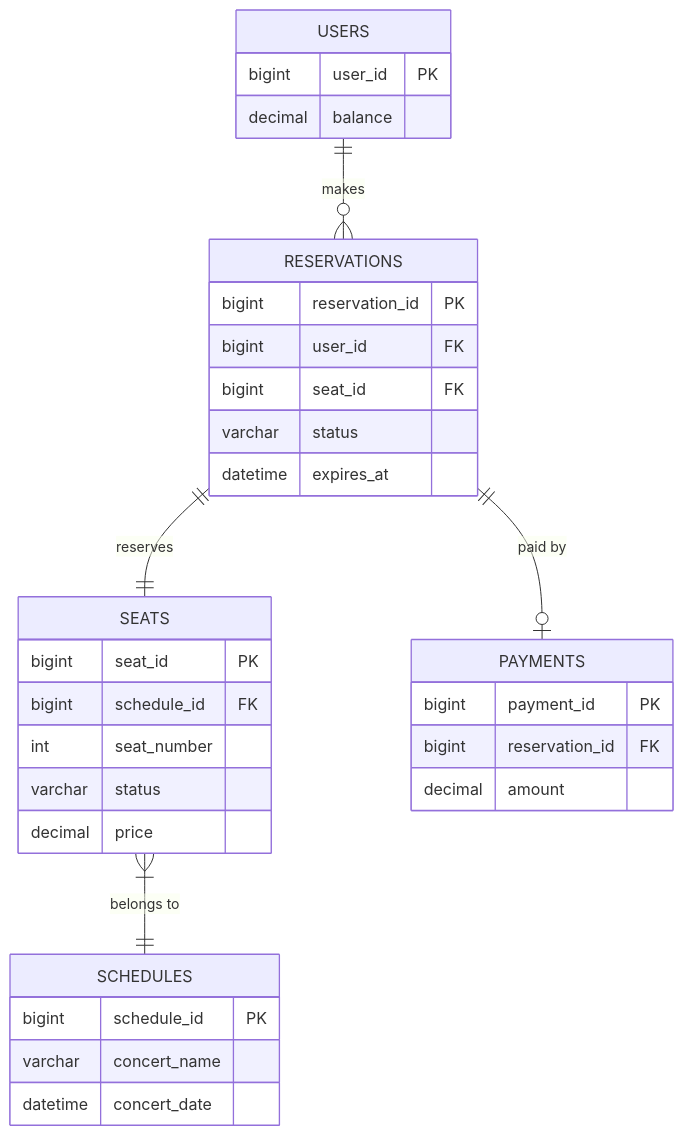
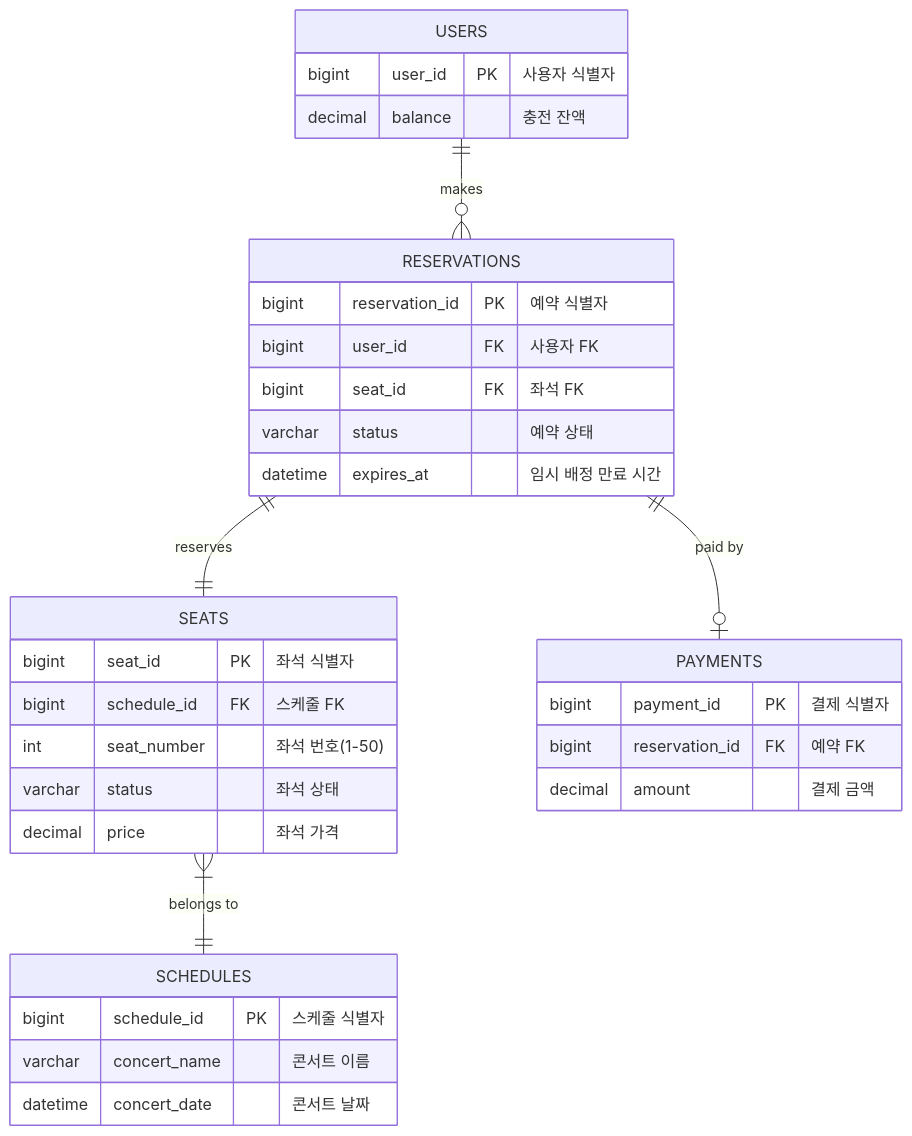
The first of 2 diagrams in docs/4_데이터_모델(ERD)_&_스키마.md (kojw1017/kopring2), drawn with Mermaid before and after one commit. The commit also changed other lines of this file and 9 other files, not shown here.

````diff
--- a/docs/4_데이터_모델(ERD)_&_스키마.md
+++ b/docs/4_데이터_모델(ERD)_&_스키마.md
@@ -5,40 +5,40 @@
 ```mermaid
 erDiagram
     USERS ||--o{ RESERVATIONS : "makes"
     RESERVATIONS ||--|| SEATS : "reserves"
     RESERVATIONS ||--o| PAYMENTS : "paid by"
     SEATS }|--|| SCHEDULES : "belongs to"
     
     USERS {
-        bigint user_id PK
-        decimal balance
+        bigint user_id PK "사용자 식별자"
+        decimal balance "충전 잔액"
     }
     
     SCHEDULES {
-        bigint schedule_id PK
-        varchar concert_name
-        datetime concert_date
+        bigint schedule_id PK "스케줄 식별자"
+        varchar concert_name "콘서트 이름"
+        datetime concert_date "콘서트 날짜"
     }
     
     SEATS {
-        bigint seat_id PK
-        bigint schedule_id FK
-        int seat_number
-        varchar status
-        decimal price
+        bigint seat_id PK "좌석 식별자"
+        bigint schedule_id FK "스케줄 FK"
+        int seat_number "좌석 번호(1-50)"
+        varchar status "좌석 상태"
+        decimal price "좌석 가격"
     }
     
     RESERVATIONS {
-        bigint reservation_id PK
-        bigint user_id FK
-        bigint seat_id FK
-        varchar status
-        datetime expires_at
+        bigint reservation_id PK "예약 식별자"
+        bigint user_id FK "사용자 FK"
+        bigint seat_id FK "좌석 FK"
+        varchar status "예약 상태"
+        datetime expires_at "임시 배정 만료 시간"
     }
     
     PAYMENTS {
-        bigint payment_id PK
-        bigint reservation_id FK
-        decimal amount
+        bigint payment_id PK "결제 식별자"
+        bigint reservation_id FK "예약 FK"
+        decimal amount "결제 금액"
     }
 ```
````
